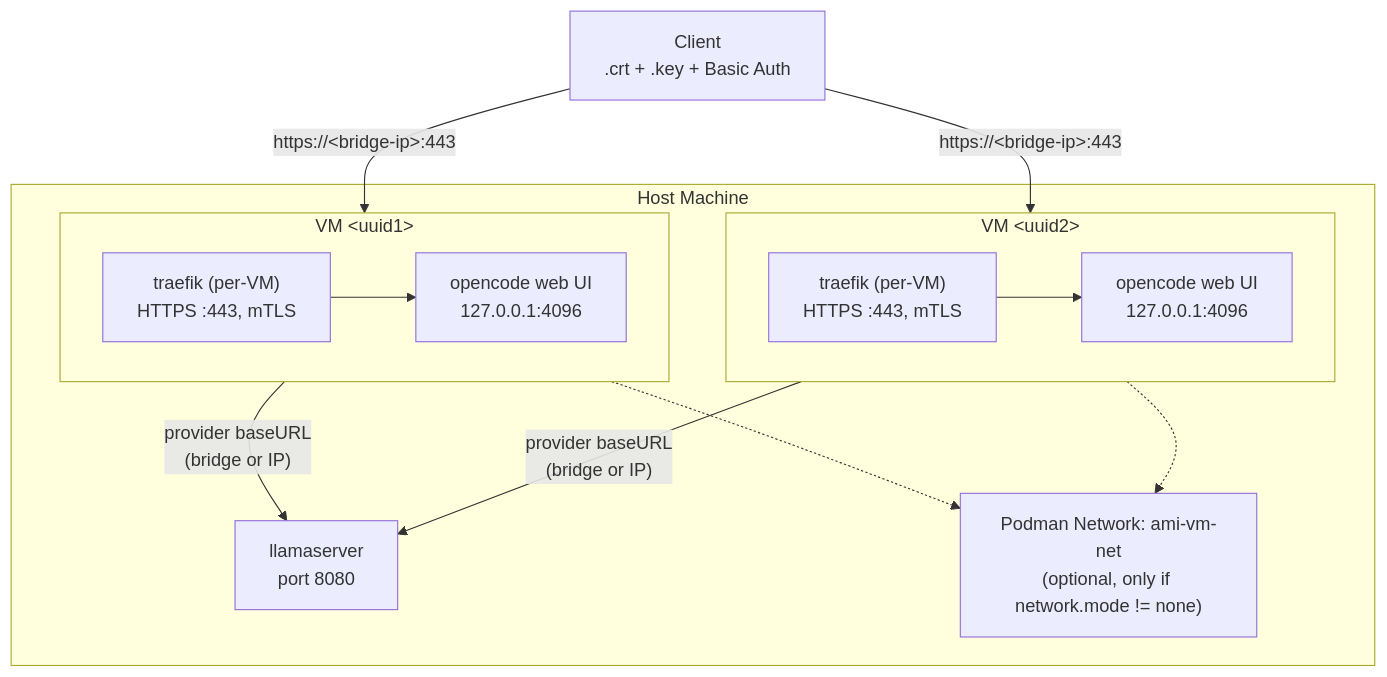
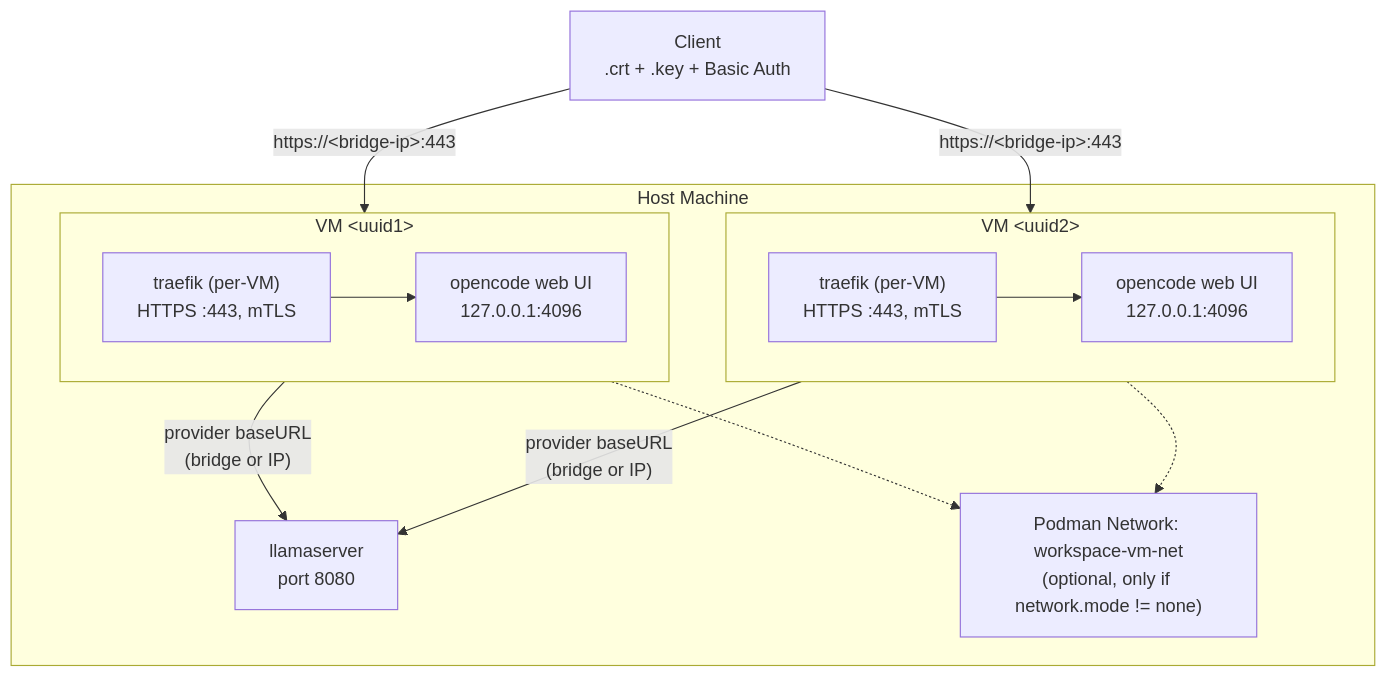
One commit to Independent-AI-Labs/WORKSPACE-VM changed the first of 2 diagrams in docs/proposals/MIGRATION-PLAN.md. Above: the diagram before and after it, drawn with Mermaid. The commit also changed other lines of this file and 137 other files, not shown here.

````diff
--- a/docs/proposals/MIGRATION-PLAN.md
+++ b/docs/proposals/MIGRATION-PLAN.md
@@ -349,23 +349,23 @@
 ```mermaid
 graph TD
     subgraph HOST["Host Machine"]
         LS["llamaserver<br/>port 8080"]
         subgraph VM1["VM &lt;uuid1&gt;"]
             T1["traefik (per-VM)<br/>HTTPS :443, mTLS"]
             OC1["opencode web UI<br/>127.0.0.1:4096"]
             T1 --> OC1
         end
         subgraph VM2["VM &lt;uuid2&gt;"]
             T2["traefik (per-VM)<br/>HTTPS :443, mTLS"]
             OC2["opencode web UI<br/>127.0.0.1:4096"]
             T2 --> OC2
         end
-        NET["Podman Network: ami-vm-net<br/>(optional, only if network.mode != none)"]
+        NET["Podman Network: workspace-vm-net<br/>(optional, only if network.mode != none)"]
         VM1 -.-> NET
         VM2 -.-> NET
     end
     CLIENT["Client<br/>.crt + .key + Basic Auth"] -->|"https://&lt;bridge-ip&gt;:443"| VM1
     CLIENT -->|"https://&lt;bridge-ip&gt;:443"| VM2
     VM1 -->|"provider baseURL<br/>(bridge or IP)"| LS
     VM2 -->|"provider baseURL<br/>(bridge or IP)"| LS
 ```
````
